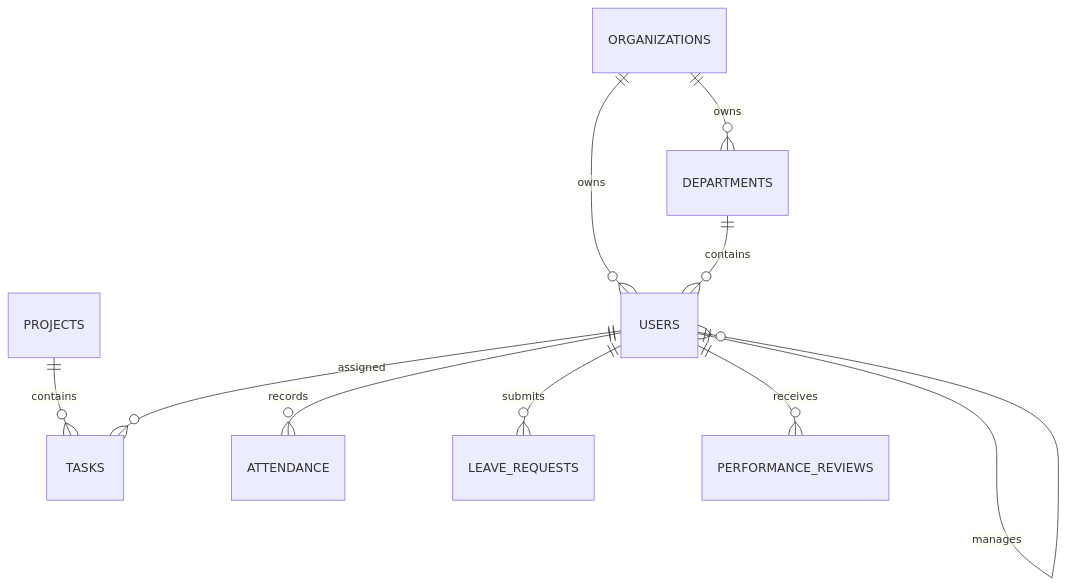
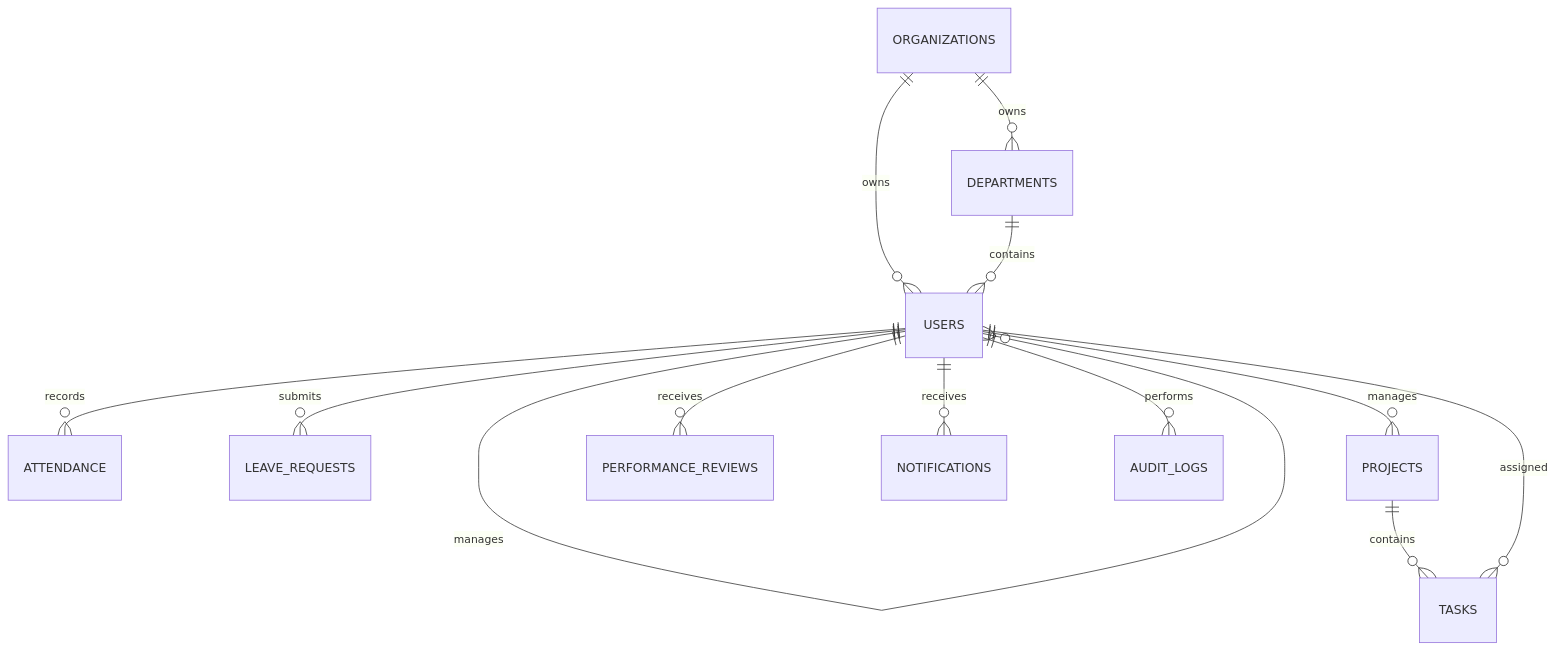
One commit to Ak7950/EnterpriseOS changed the diagram in docs/database.md. Above: the diagram before and after it, drawn with Mermaid. The commit also changed other lines of this file and 26 other files, not shown here.

````diff
--- a/docs/database.md
+++ b/docs/database.md
@@ -5,12 +11,15 @@
-```mermaid
+~~~mermaid
 erDiagram
-  ORGANIZATIONS ||--o{ DEPARTMENTS : owns
-  ORGANIZATIONS ||--o{ USERS : owns
-  DEPARTMENTS ||--o{ USERS : contains
-  USERS ||--o{ USERS : manages
-  PROJECTS ||--o{ TASKS : contains
-  USERS ||--o{ TASKS : assigned
-  USERS ||--o{ ATTENDANCE : records
-  USERS ||--o{ LEAVE_REQUESTS : submits
-  USERS ||--o{ PERFORMANCE_REVIEWS : receives
-```
+    ORGANIZATIONS ||--o{ DEPARTMENTS : owns
+    ORGANIZATIONS ||--o{ USERS : owns
+    DEPARTMENTS ||--o{ USERS : contains
+    USERS ||--o{ USERS : manages
+    USERS ||--o{ ATTENDANCE : records
+    USERS ||--o{ LEAVE_REQUESTS : submits
+    USERS ||--o{ PROJECTS : manages
+    PROJECTS ||--o{ TASKS : contains
+    USERS ||--o{ TASKS : assigned
+    USERS ||--o{ PERFORMANCE_REVIEWS : receives
+    USERS ||--o{ NOTIFICATIONS : receives
+    USERS ||--o{ AUDIT_LOGS : performs
+~~~
````
